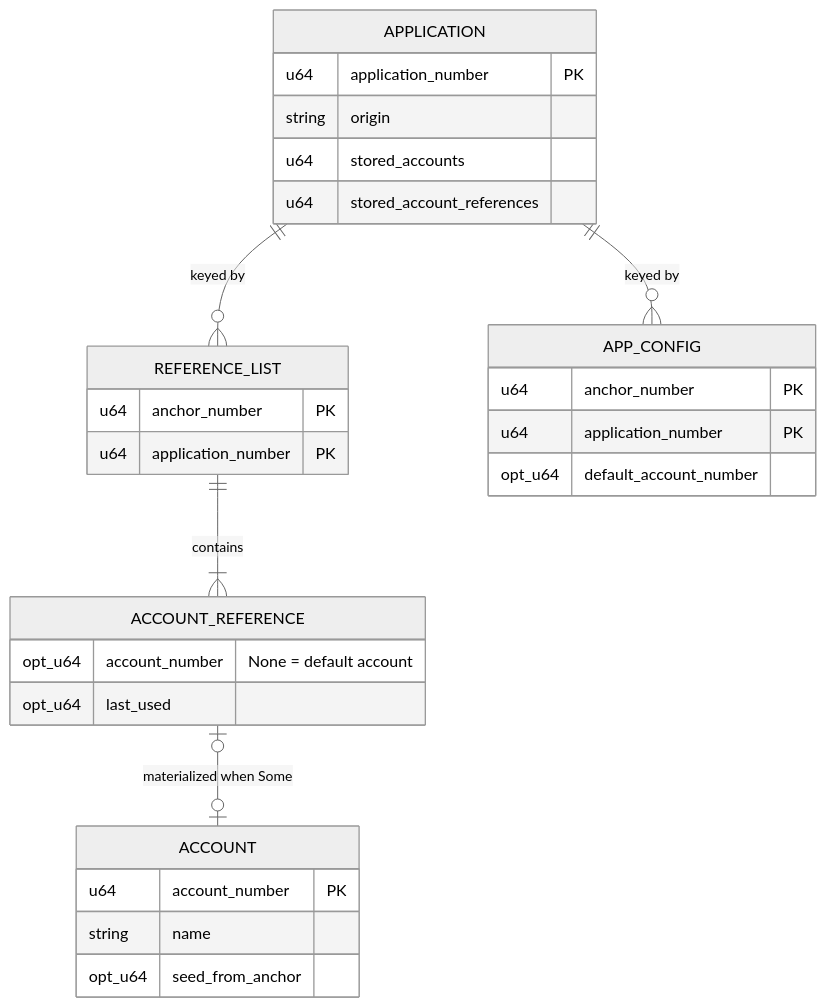
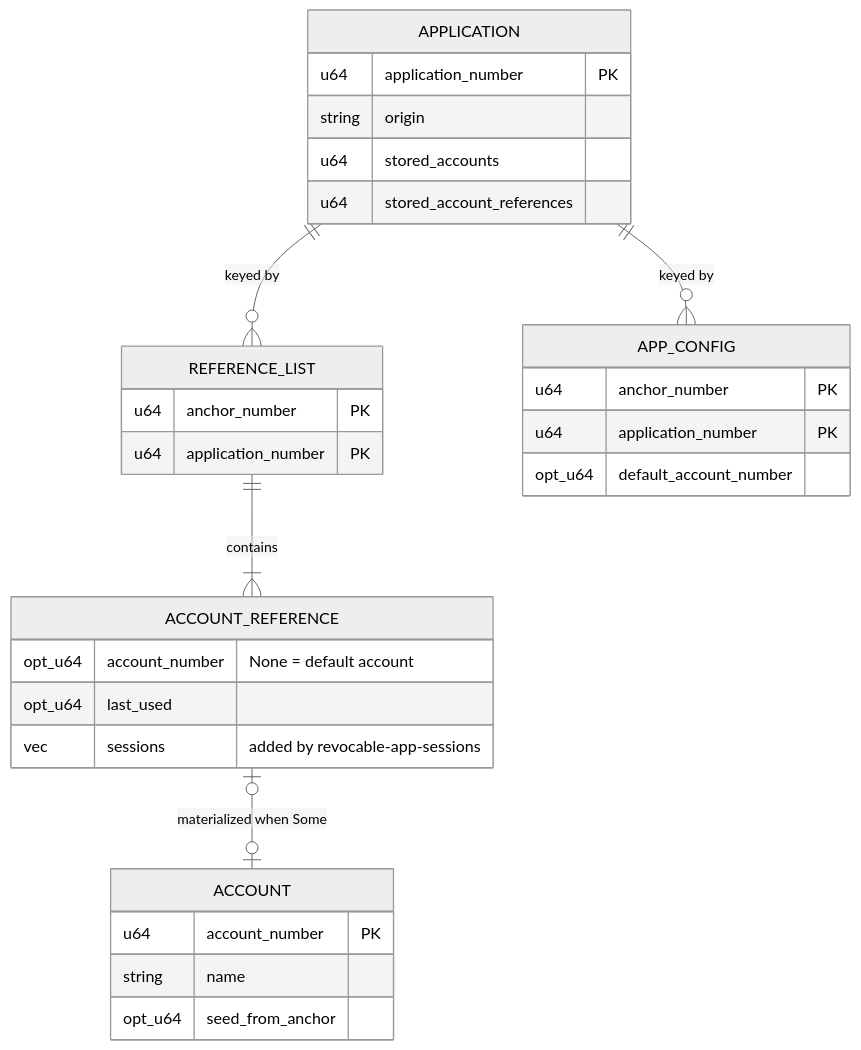
The first of 5 diagrams in docs/ongoing/tracked-default-accounts-spec.md (dfinity/internet-identity), drawn with Mermaid (neutral theme) before and after one commit. The commit also changed other lines of this file, not shown here.

````diff
--- a/docs/ongoing/tracked-default-accounts-spec.md
+++ b/docs/ongoing/tracked-default-accounts-spec.md
@@ -15,31 +15,32 @@
 ```mermaid
 erDiagram
     APPLICATION {
         u64 application_number PK
         string origin
         u64 stored_accounts
         u64 stored_account_references
     }
     REFERENCE_LIST {
         u64 anchor_number PK
         u64 application_number PK
     }
     ACCOUNT_REFERENCE {
         opt_u64 account_number "None = default account"
         opt_u64 last_used
+        vec sessions "added by revocable-app-sessions"
     }
     ACCOUNT {
         u64 account_number PK
         string name
         opt_u64 seed_from_anchor
     }
     APP_CONFIG {
         u64 anchor_number PK
         u64 application_number PK
         opt_u64 default_account_number
     }
     APPLICATION ||--o{ REFERENCE_LIST : "keyed by"
     APPLICATION ||--o{ APP_CONFIG : "keyed by"
     REFERENCE_LIST ||--|{ ACCOUNT_REFERENCE : contains
     ACCOUNT_REFERENCE |o--o| ACCOUNT : "materialized when Some"
 ```
````
